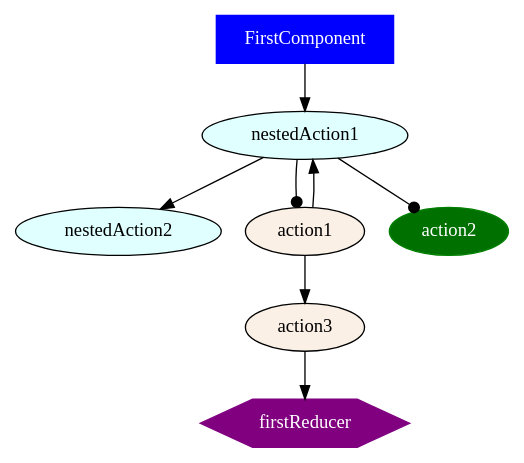
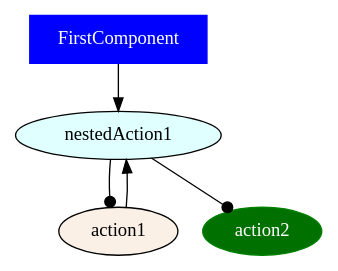
One commit to ammarnajjar/ngrx-graph changed the diagram in docs/examples/case2/out/action2.dot. Above: the diagram before and after it, drawn with Graphviz. The commit also changed 50 other files, not shown here.

First line of the commit message:
feat: add DOT file generation and SVG support for action graphs

```diff
--- a/docs/examples/case2/out/action2.dot
+++ b/docs/examples/case2/out/action2.dot
@@ -1,16 +1,10 @@
 digraph {
 FirstComponent [shape="box", color=blue, fillcolor=blue, fontcolor=white, style=filled]
 nestedAction1 [color=black, fillcolor=lightcyan, fontcolor=black, style=filled]
-nestedAction2 [color=black, fillcolor=lightcyan, fontcolor=black, style=filled]
 action1 [fillcolor=linen, style=filled]
 action2 [color=green, fillcolor="#007000", fontcolor=white, style=filled]
-action3 [fillcolor=linen, style=filled]
-firstReducer [shape="hexagon", color=purple, fillcolor=purple, fontcolor=white, style=filled]
 FirstComponent -> nestedAction1
-action1 -> nestedAction1
-action1 -> action3
-nestedAction1 -> nestedAction2
-action3 -> firstReducer
 nestedAction1 -> action1 [arrowhead=dot]
 nestedAction1 -> action2 [arrowhead=dot]
+action1 -> nestedAction1
 }
```
